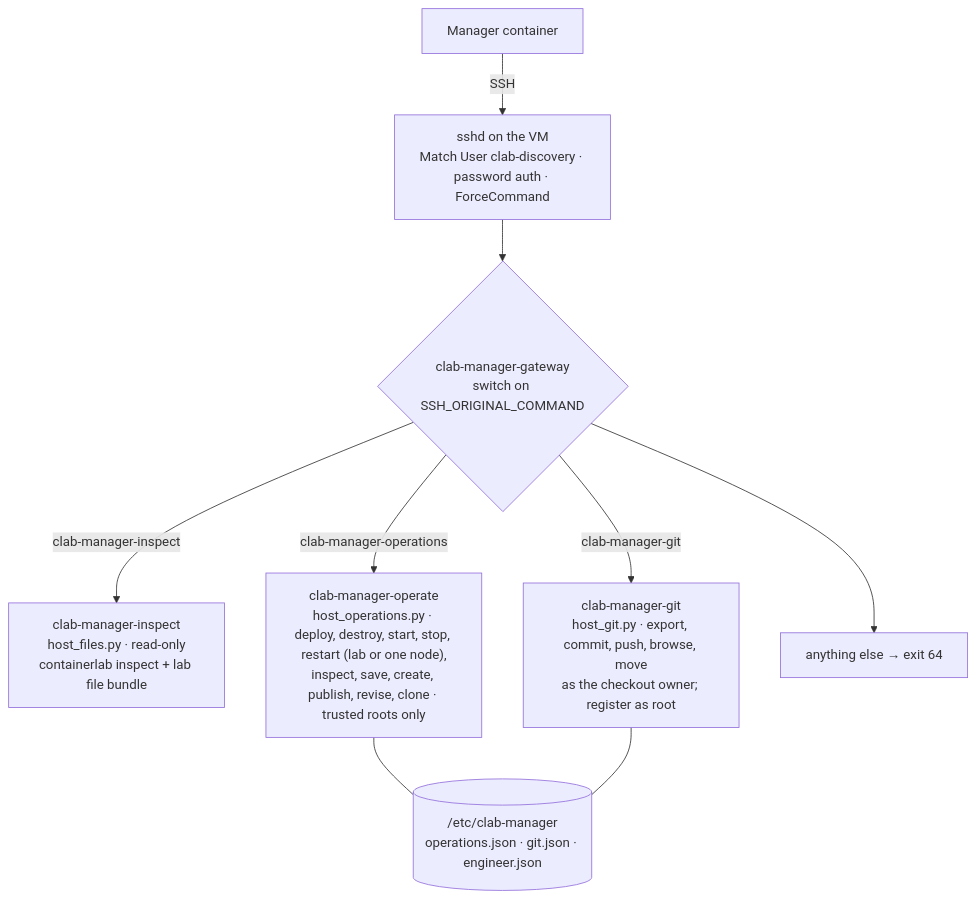
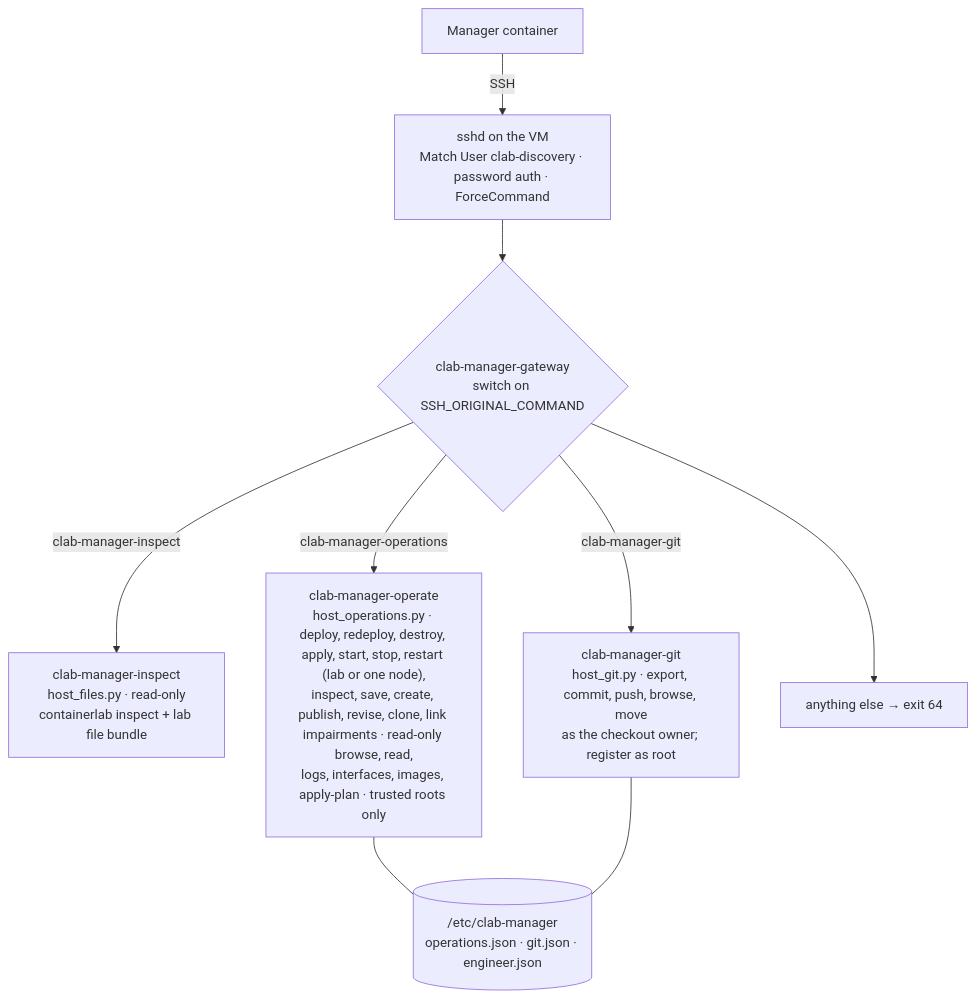
One commit to ArchRuger/CLAB-BACKUP-WORKER-v2 changed the second of 4 diagrams in docs/ARCHITECTURE.md. Above: the diagram before and after it, drawn with Mermaid. The commit also changed other lines of this file and 17 other files, not shown here.

Commit message:
Campaign 2: A05 capture proof with real device packets (C07-DESIGN §13), B06 the vSRX 'before' state on 1.31.6, D02c overview, architecture and capture guides matched to the code (21 corrections), ledger

````diff
--- a/docs/ARCHITECTURE.md
+++ b/docs/ARCHITECTURE.md
@@ -41,18 +41,18 @@
 ```mermaid
 flowchart TB
     M["Manager container"]
     S["sshd on the VM<br/>Match User clab-discovery · password auth · ForceCommand"]
     GW{"clab-manager-gateway<br/>switch on SSH_ORIGINAL_COMMAND"}
     I["clab-manager-inspect<br/>host_files.py · read-only<br/>containerlab inspect + lab file bundle"]
-    O["clab-manager-operate<br/>host_operations.py · deploy, destroy, start, stop, restart (lab or one node),<br/>inspect, save, create, publish, revise, clone · trusted roots only"]
+    O["clab-manager-operate<br/>host_operations.py · deploy, redeploy, destroy, apply, start, stop, restart (lab or one node),<br/>inspect, save, create, publish, revise, clone, link impairments · read-only browse, read,<br/>logs, interfaces, images, apply-plan · trusted roots only"]
     Gt["clab-manager-git<br/>host_git.py · export, commit, push, browse, move<br/>as the checkout owner; register as root"]
     X["anything else → exit 64"]
     T[("/etc/clab-manager<br/>operations.json · git.json · engineer.json")]
     M -- "SSH" --> S --> GW
     GW -- "clab-manager-inspect" --> I
     GW -- "clab-manager-operations" --> O
     GW -- "clab-manager-git" --> Gt
     GW --> X
     O --- T
     Gt --- T
 ```
````
